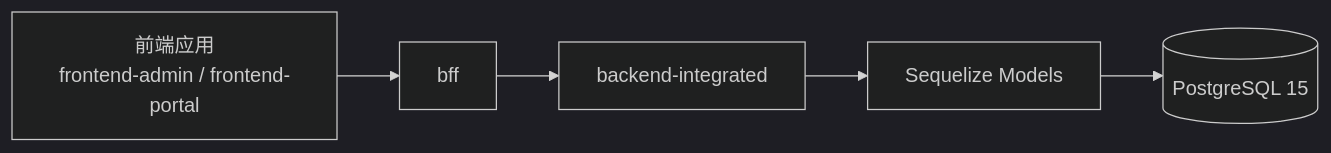
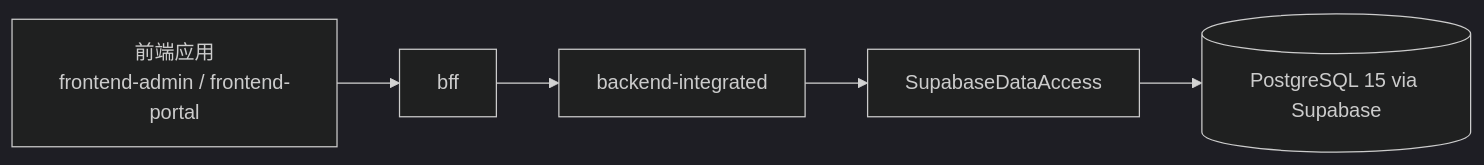
Before and after one commit to LZStarV/CSISP: the first of 2 diagrams in docs-refer/database/PostgreSQL 数据库说明文档.md, drawn with Mermaid (dark theme). The commit also changed other lines of this file and 71 other files, not shown here.

````diff
--- a/docs-refer/database/PostgreSQL 数据库说明文档.md
+++ b/docs-refer/database/PostgreSQL 数据库说明文档.md
@@ -16,8 +16,8 @@
 ```mermaid
 flowchart LR
   FE[前端应用
 frontend-admin / frontend-portal] --> BFF[bff]
   BFF --> BE[backend-integrated]
-  BE --> ORM[Sequelize Models]
-  ORM --> PG[(PostgreSQL 15)]
+  BE --> DA[SupabaseDataAccess]
+  DA --> PG[(PostgreSQL 15 via Supabase)]
 ```
````
